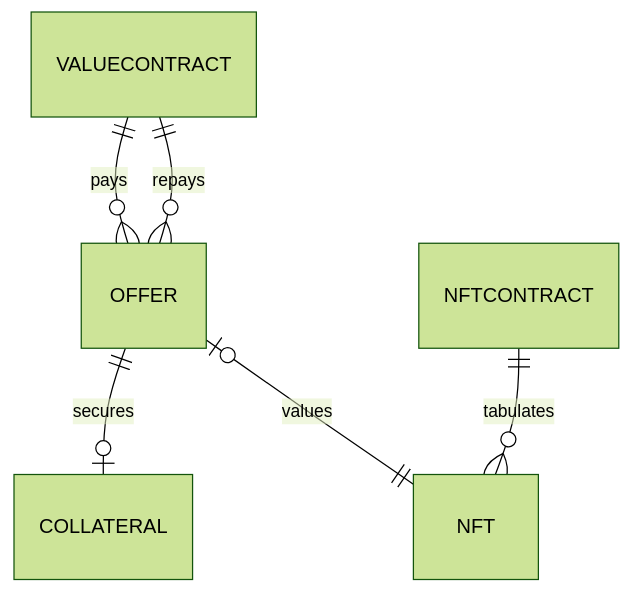
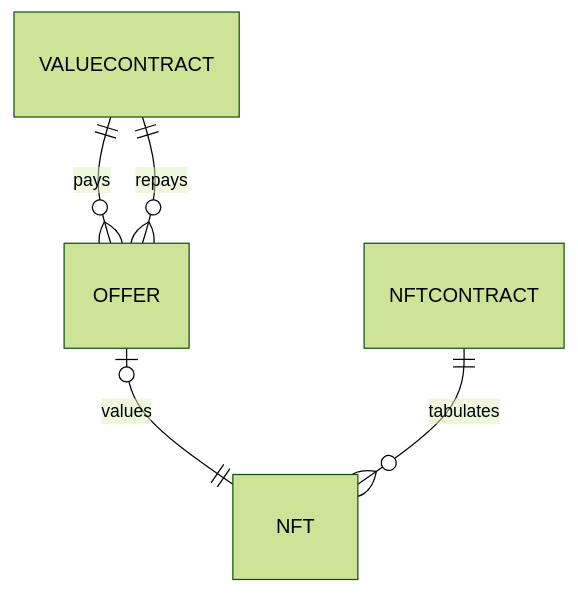
The diagram in Database.md (deepfry-finance/docs.nfpawn.io), drawn with Mermaid (forest theme) before and after one commit. The commit also changed other lines of this file and 2 other files, not shown here.

````diff
--- a/Database.md
+++ b/Database.md
@@ -9,8 +13,7 @@
 ```mermaid
 erDiagram
-    OFFER ||--o| COLLATERAL : secures
     OFFER |o--|| NFT : values
     NFTCONTRACT ||--}o NFT : tabulates
     VALUECONTRACT ||--}o OFFER : pays
     VALUECONTRACT ||--}o OFFER : repays
 ```
````
